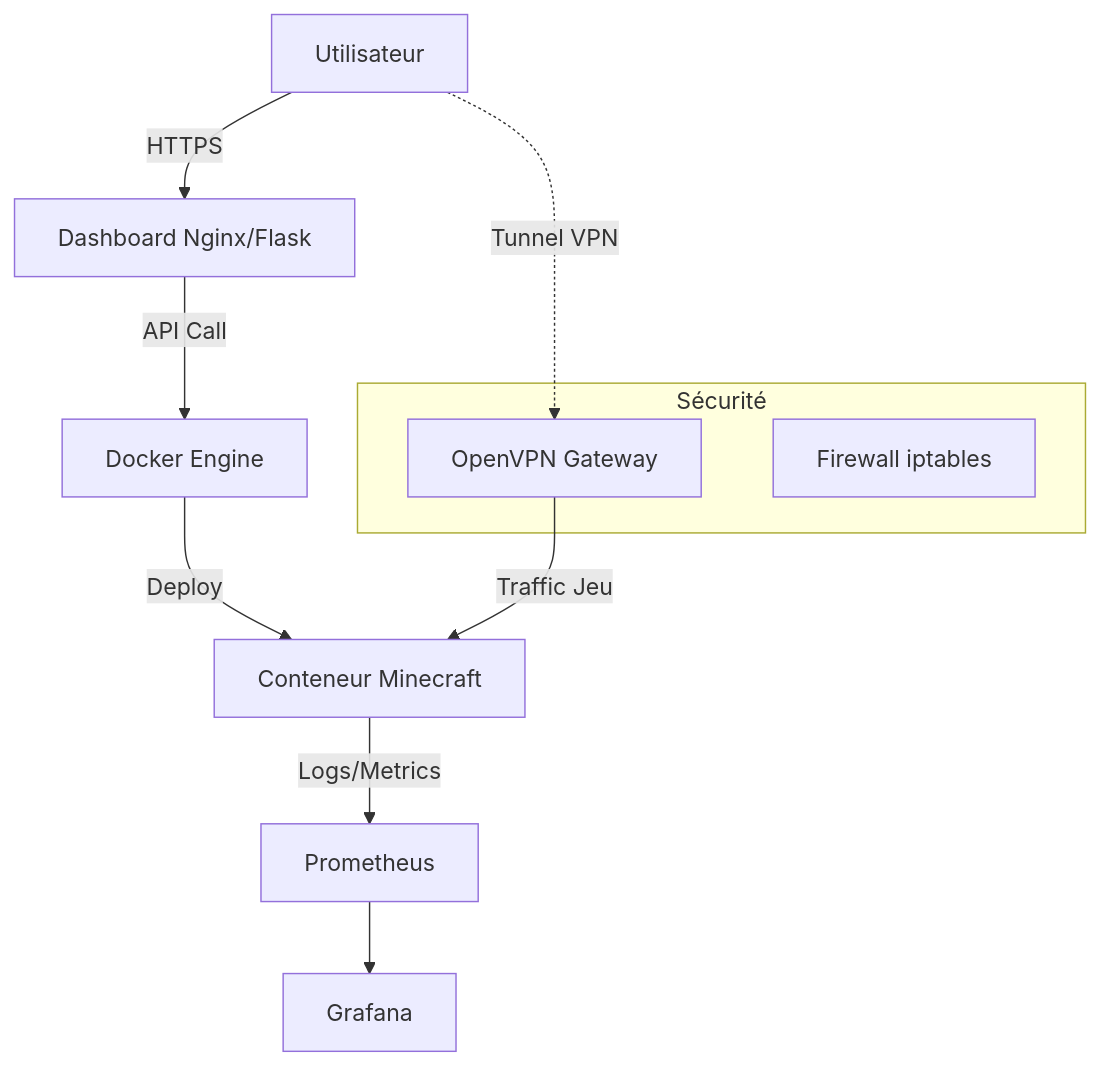
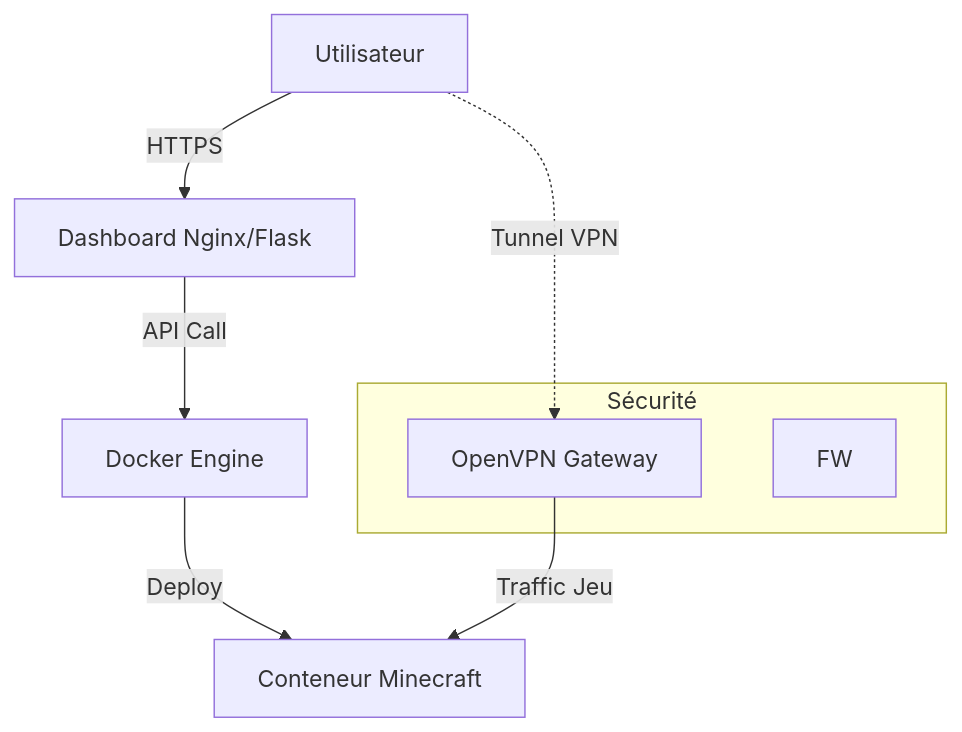
The diagram in src/README.md (Maskass-z/minehost-terraform), drawn with Mermaid before and after one commit.

````diff
--- a/src/README.md
+++ b/src/README.md
@@ -47,18 +47,17 @@
 ```mermaid
 graph TD
     User[Utilisateur] -->|HTTPS| Web[Dashboard Nginx/Flask]
     Web -->|API Call| Docker[Docker Engine]
     Docker -->|Deploy| MC[Conteneur Minecraft]
     
     subgraph Sécurité
     VPN[OpenVPN Gateway]
-    FW[Firewall iptables]
+    FW
     end
     
     User -.->|Tunnel VPN| VPN
     VPN -->|Traffic Jeu| MC
     
-    MC -->|Logs/Metrics| Prom[Prometheus]
-    Prom --> Graf[Grafana]
+    MC
 
 ```
````
